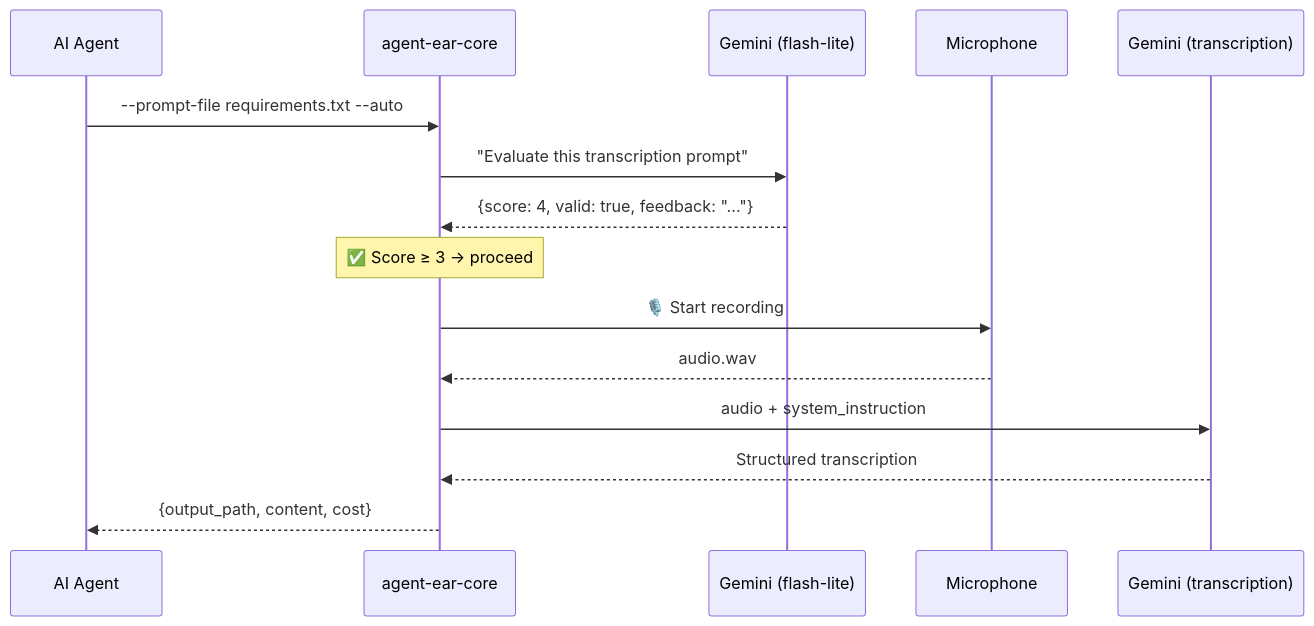
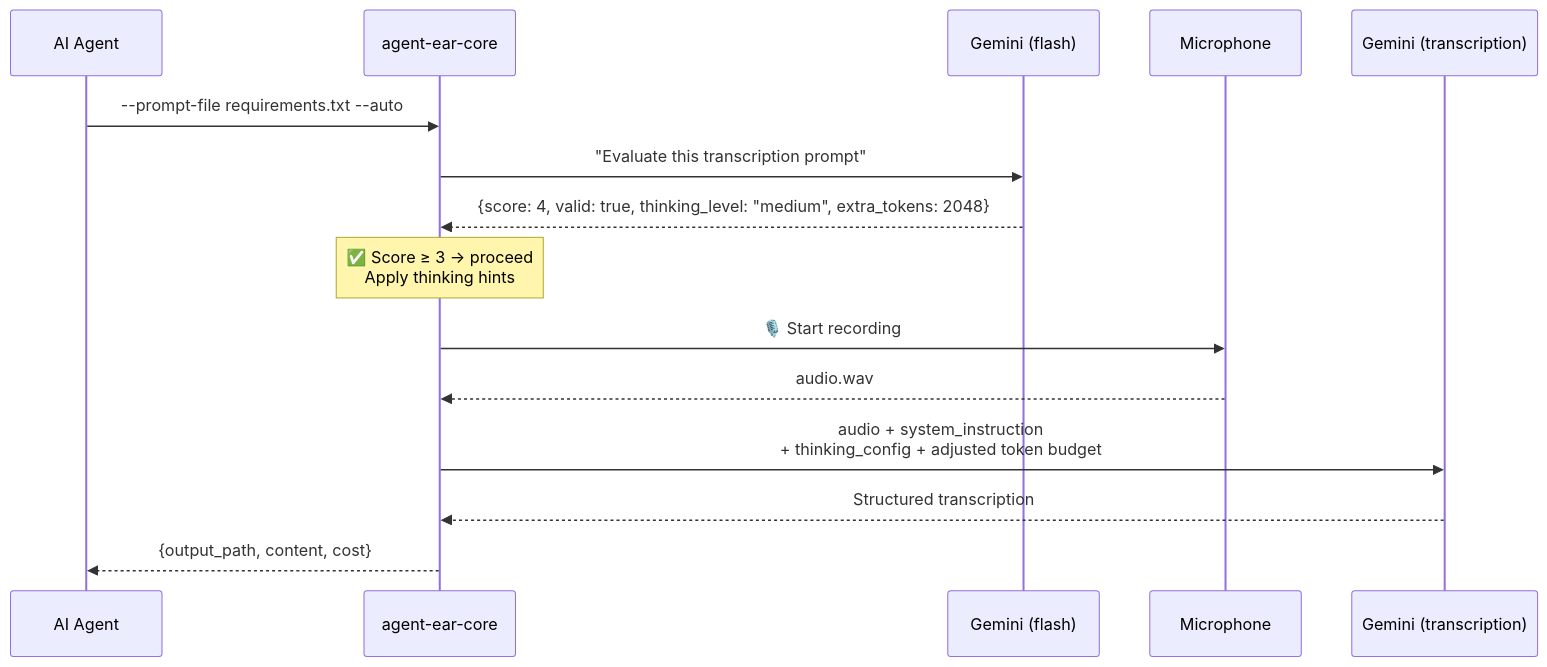
One commit to Aurelian-Shuttleworth/agent-ear changed the third of 6 diagrams in docs/explanation/architecture.md. Above: the diagram before and after it, drawn with Mermaid. The commit also changed other lines of this file and 13 other files, not shown here.

````diff
--- a/docs/explanation/architecture.md
+++ b/docs/explanation/architecture.md
@@ -87,18 +87,18 @@
 ```mermaid
 sequenceDiagram
     participant Agent as AI Agent
     participant Ear as agent-ear-core
-    participant Judge as Gemini (flash-lite)
+    participant Judge as Gemini (flash)
     participant Mic as Microphone
     participant Trans as Gemini (transcription)
 
     Agent->>Ear: --prompt-file requirements.txt --auto
     Ear->>Judge: "Evaluate this transcription prompt"
-    Judge-->>Ear: {score: 4, valid: true, feedback: "..."}
-    Note over Ear: ✅ Score ≥ 3 → proceed
+    Judge-->>Ear: {score: 4, valid: true, thinking_level: "medium", extra_tokens: 2048}
+    Note over Ear: ✅ Score ≥ 3 → proceed<br/>Apply thinking hints
     Ear->>Mic: 🎙️ Start recording
     Mic-->>Ear: audio.wav
-    Ear->>Trans: audio + system_instruction
+    Ear->>Trans: audio + system_instruction<br/>+ thinking_config + adjusted token budget
     Trans-->>Ear: Structured transcription
     Ear-->>Agent: {output_path, content, cost}
 ```
````
